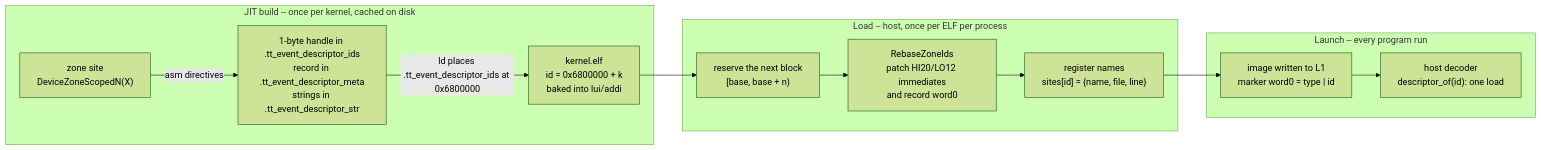
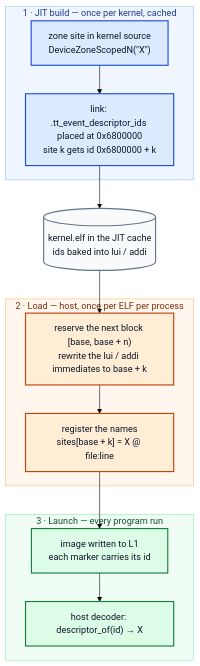
The first of 2 diagrams in tt_metal/tools/profiler/STREAMING_PROFILER_ZONE_IDS.md (tenstorrent/tt-metal), drawn with Mermaid (forest theme) before and after one commit. The commit also changed other lines of this file, not shown here.

Commit message:
profiler: zone-id doc -- browser-sized diagrams, and why the id is lui + addi
The overview diagram was one wide left-to-right graph that GitHub scaled down to column width.
It is now top-to-bottom with short labels and one colour per stage (build / load / launch), so
it renders at natural size; a second, two-column diagram at the top of section 1 shows the four
places a zone site writes and which one reaches the device. New bullet: why the id costs two
instructions on RV32 (12-bit addi, 20-bit lui, no 16/32-bit immediate; the loader rewrites
immediates in place and cannot drop the lui; placing the section below 4 KiB would cap the
process at 2047 ids).

````diff
--- a/tt_metal/tools/profiler/STREAMING_PROFILER_ZONE_IDS.md
+++ b/tt_metal/tools/profiler/STREAMING_PROFILER_ZONE_IDS.md
@@ -12,16 +12,30 @@
 ```mermaid
-flowchart LR
-  subgraph build["JIT build -- once per kernel, cached on disk"]
-    A["zone site<br/>DeviceZoneScopedN(X)"] -->|asm directives| B["1-byte handle in .tt_event_descriptor_ids<br/>record in .tt_event_descriptor_meta<br/>strings in .tt_event_descriptor_str"]
-    B -->|"ld places .tt_event_descriptor_ids at 0x6800000"| C["kernel.elf<br/>id = 0x6800000 + k<br/>baked into lui/addi"]
+flowchart TB
+  classDef build fill:#DBEAFE,stroke:#1D4ED8,stroke-width:2px,color:#0F172A
+  classDef load  fill:#FFEDD5,stroke:#C2410C,stroke-width:2px,color:#0F172A
+  classDef run   fill:#DCFCE7,stroke:#15803D,stroke-width:2px,color:#0F172A
+  classDef file  fill:#F8FAFC,stroke:#64748B,stroke-width:2px,color:#0F172A
+
+  subgraph B[" 1 · JIT build — once per kernel, cached "]
+    S["zone site in kernel source<br/>DeviceZoneScopedN(&quot;X&quot;)"]:::build
+    L["link: .tt_event_descriptor_ids placed at 0x6800000<br/>site k gets id 0x6800000 + k"]:::build
+    S --> L
   end
-  subgraph load["Load -- host, once per ELF per process"]
-    C --> D["reserve the next block<br/>[base, base + n)"]
-    D --> E["RebaseZoneIds<br/>patch HI20/LO12 immediates<br/>and record word0"]
-    E --> F["register names<br/>sites[id] = {name, file, line}"]
+  E[("kernel.elf in the JIT cache<br/>ids baked into lui / addi")]:::file
+  subgraph LD[" 2 · Load — host, once per ELF per process "]
+    R["reserve the next block [base, base + n)<br/>rewrite the lui / addi immediates to base + k"]:::load
+    N["register the names<br/>sites[base + k] = X @ file:line"]:::load
+    R --> N
   end
-  subgraph run["Launch -- every program run"]
-    F --> G["image written to L1<br/>marker word0 = type | id"]
-    G --> H["host decoder<br/>descriptor_of(id): one load"]
+  subgraph RN[" 3 · Launch — every program run "]
+    D["image written to L1<br/>each marker carries its id"]:::run
+    H["host decoder: descriptor_of(id) → X"]:::run
+    D --> H
   end
+  L --> E --> R
+  N --> D
+
+  style B  fill:#EFF6FF,stroke:#93C5FD,color:#1E3A8A
+  style LD fill:#FFF7ED,stroke:#FDBA74,color:#7C2D12
+  style RN fill:#F0FDF4,stroke:#86EFAC,color:#14532D
 ```
````
